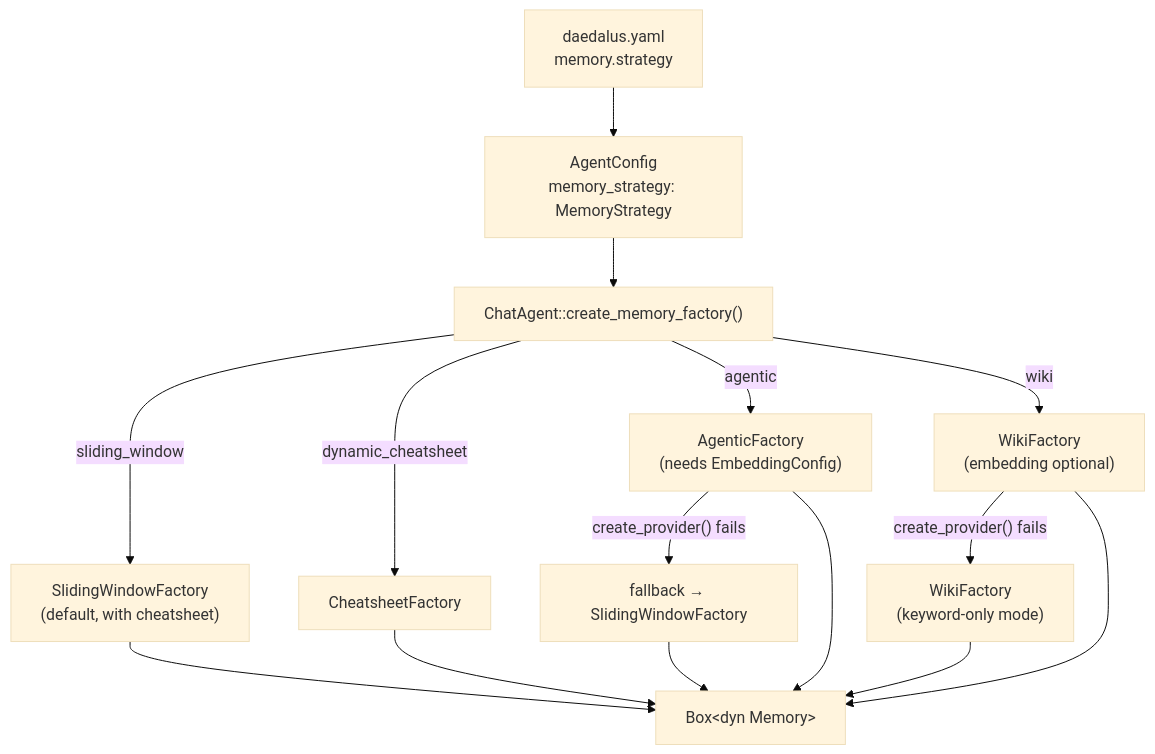
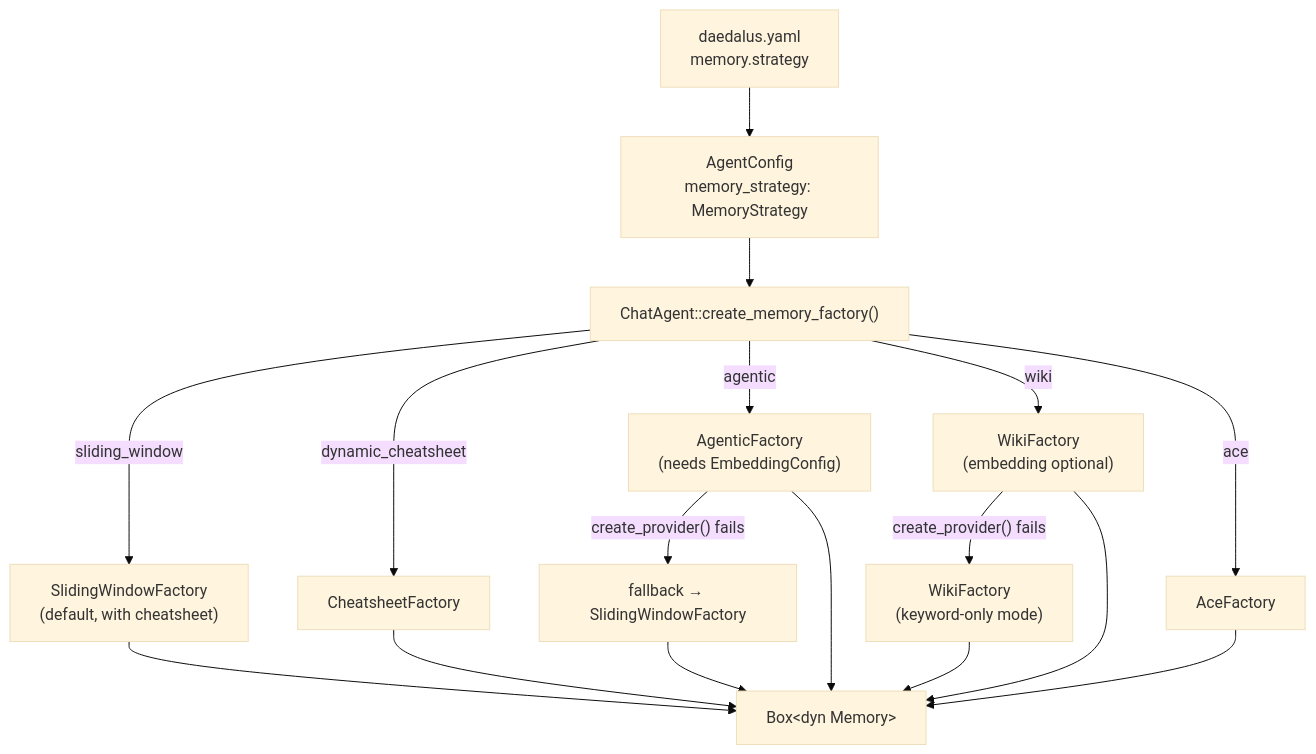
One commit to darkinsky/daedalus changed the first of 6 diagrams in docs/services/memory/overview.md. Above: the diagram before and after it, drawn with Mermaid (base theme). The commit also changed other lines of this file and 19 other files, not shown here.

````diff
--- a/docs/services/memory/overview.md
+++ b/docs/services/memory/overview.md
@@ -32,20 +33,22 @@
 ```mermaid
 graph TD
     YAML["daedalus.yaml<br/>memory.strategy"] --> CONFIG["AgentConfig<br/>memory_strategy: MemoryStrategy"]
     CONFIG --> FACTORY["ChatAgent::create_memory_factory()"]
     
     FACTORY -->|sliding_window| SW["SlidingWindowFactory<br/>(default, with cheatsheet)"]
     FACTORY -->|dynamic_cheatsheet| DC["CheatsheetFactory"]
     FACTORY -->|agentic| AG["AgenticFactory<br/>(needs EmbeddingConfig)"]
     FACTORY -->|wiki| WK["WikiFactory<br/>(embedding optional)"]
+    FACTORY -->|ace| ACE["AceFactory"]
     
     AG -->|"create_provider() fails"| FALLBACK["fallback → SlidingWindowFactory"]
     WK -->|"create_provider() fails"| WK_KW["WikiFactory<br/>(keyword-only mode)"]
     
     SW --> MEM["Box&lt;dyn Memory&gt;"]
     DC --> MEM
     AG --> MEM
     WK --> MEM
+    ACE --> MEM
     WK_KW --> MEM
     FALLBACK --> MEM
 ```
````
